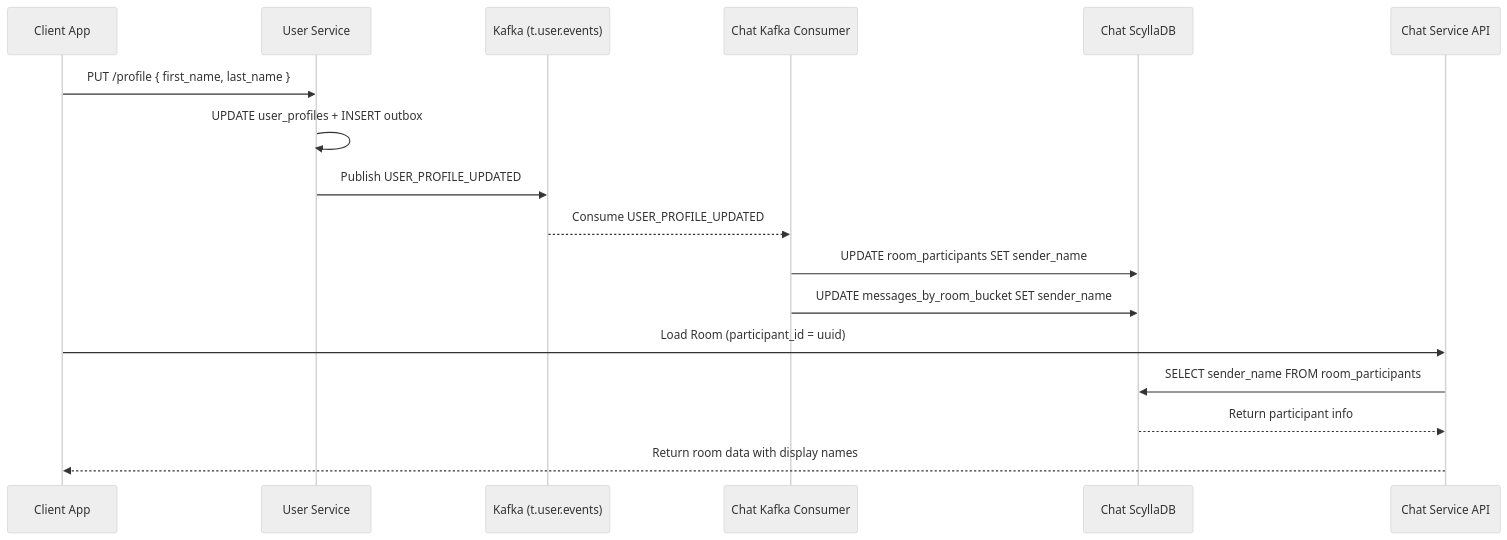
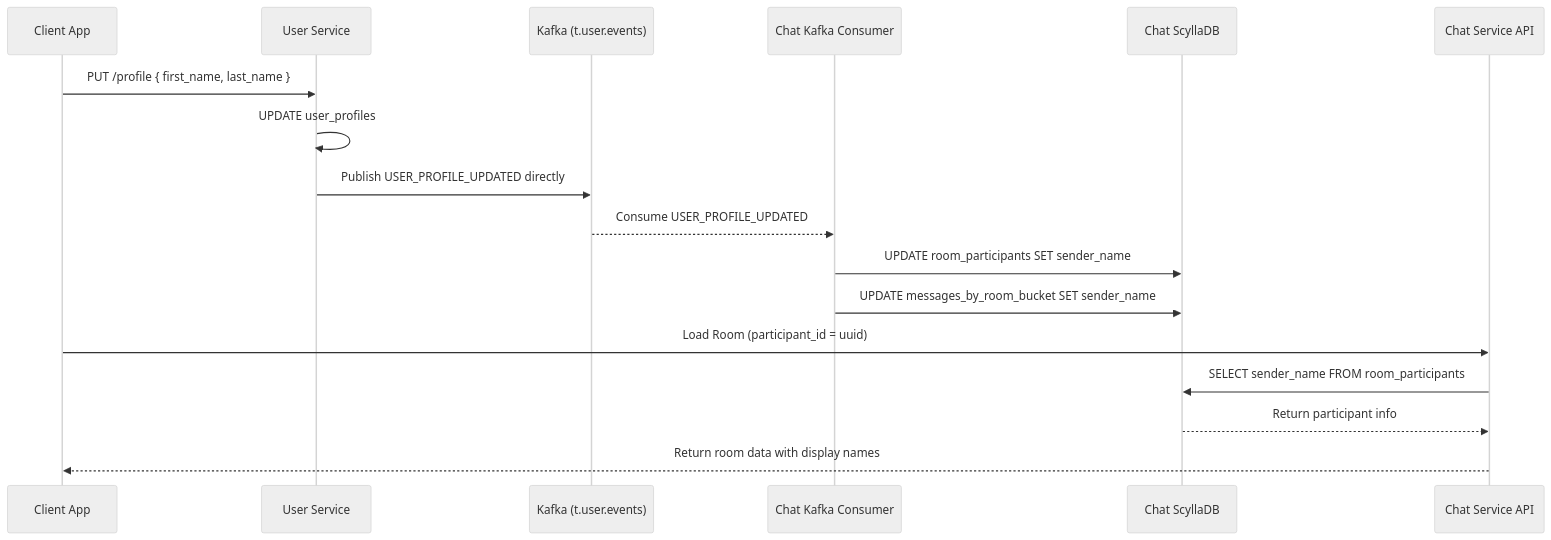
The ninth of 13 diagrams in docs/user/user_workflows.md (quangdung2110/e-commerce-microservices), drawn with Mermaid (neutral theme) before and after one commit. The commit also changed other lines of this file and 3 other files, not shown here.

````diff
--- a/docs/user/user_workflows.md
+++ b/docs/user/user_workflows.md
@@ -254,21 +262,21 @@
 ```mermaid
 sequenceDiagram
     participant UserApp as Client App
     participant UserSvc as User Service
     participant Kafka as Kafka (t.user.events)
     participant ChatWorker as Chat Kafka Consumer
     participant ChatDB as Chat ScyllaDB
     participant ChatAPI as Chat Service API
 
     UserApp->>UserSvc: PUT /profile { first_name, last_name }
-    UserSvc->>UserSvc: UPDATE user_profiles + INSERT outbox
-    UserSvc->>Kafka: Publish USER_PROFILE_UPDATED
+    UserSvc->>UserSvc: UPDATE user_profiles
+    UserSvc->>Kafka: Publish USER_PROFILE_UPDATED directly
     Kafka-->>ChatWorker: Consume USER_PROFILE_UPDATED
     ChatWorker->>ChatDB: UPDATE room_participants SET sender_name
     ChatWorker->>ChatDB: UPDATE messages_by_room_bucket SET sender_name
 
     UserApp->>ChatAPI: Load Room (participant_id = uuid)
     ChatAPI->>ChatDB: SELECT sender_name FROM room_participants
     ChatDB-->>ChatAPI: Return participant info
     ChatAPI-->>UserApp: Return room data with display names
 ```
````
